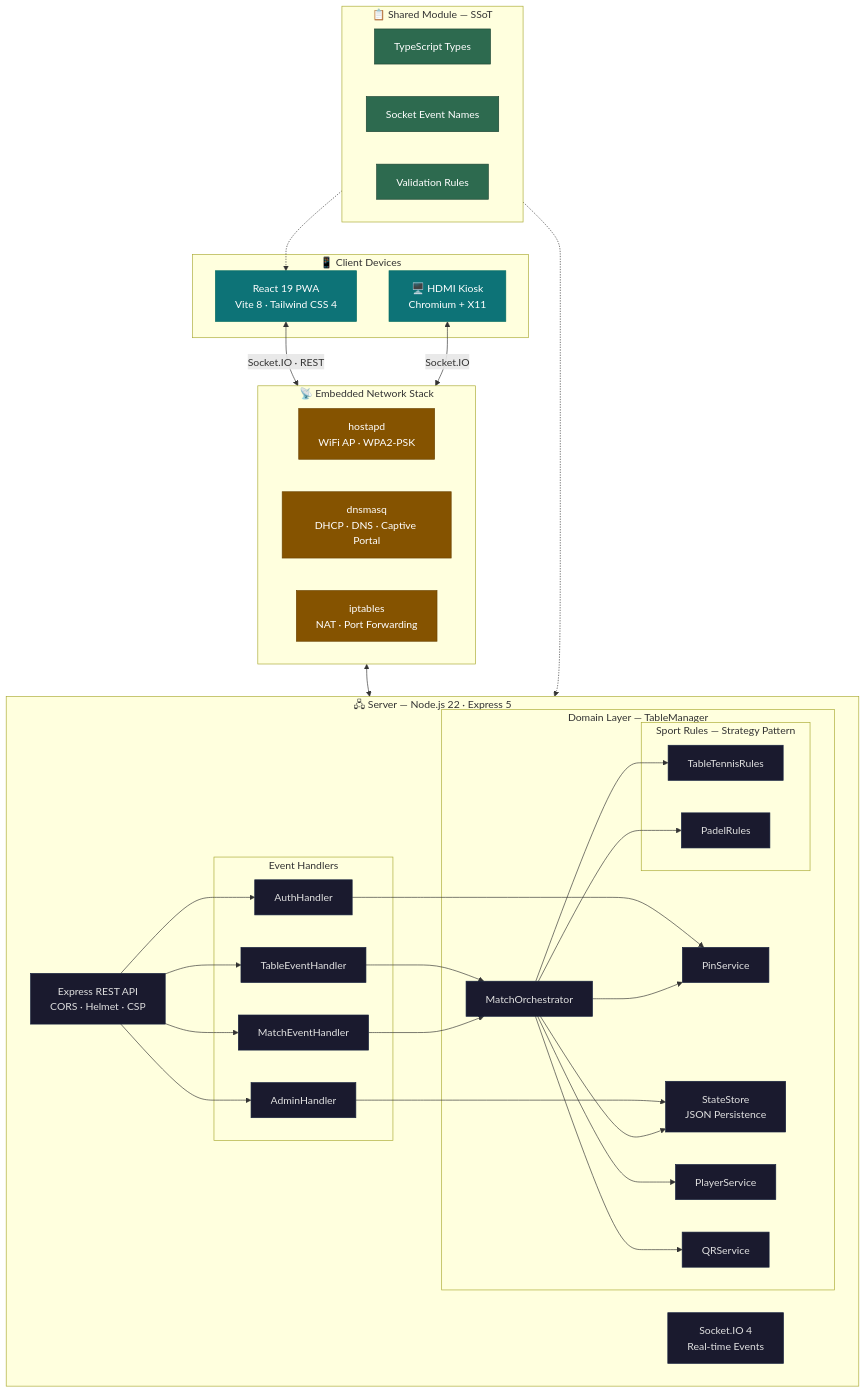
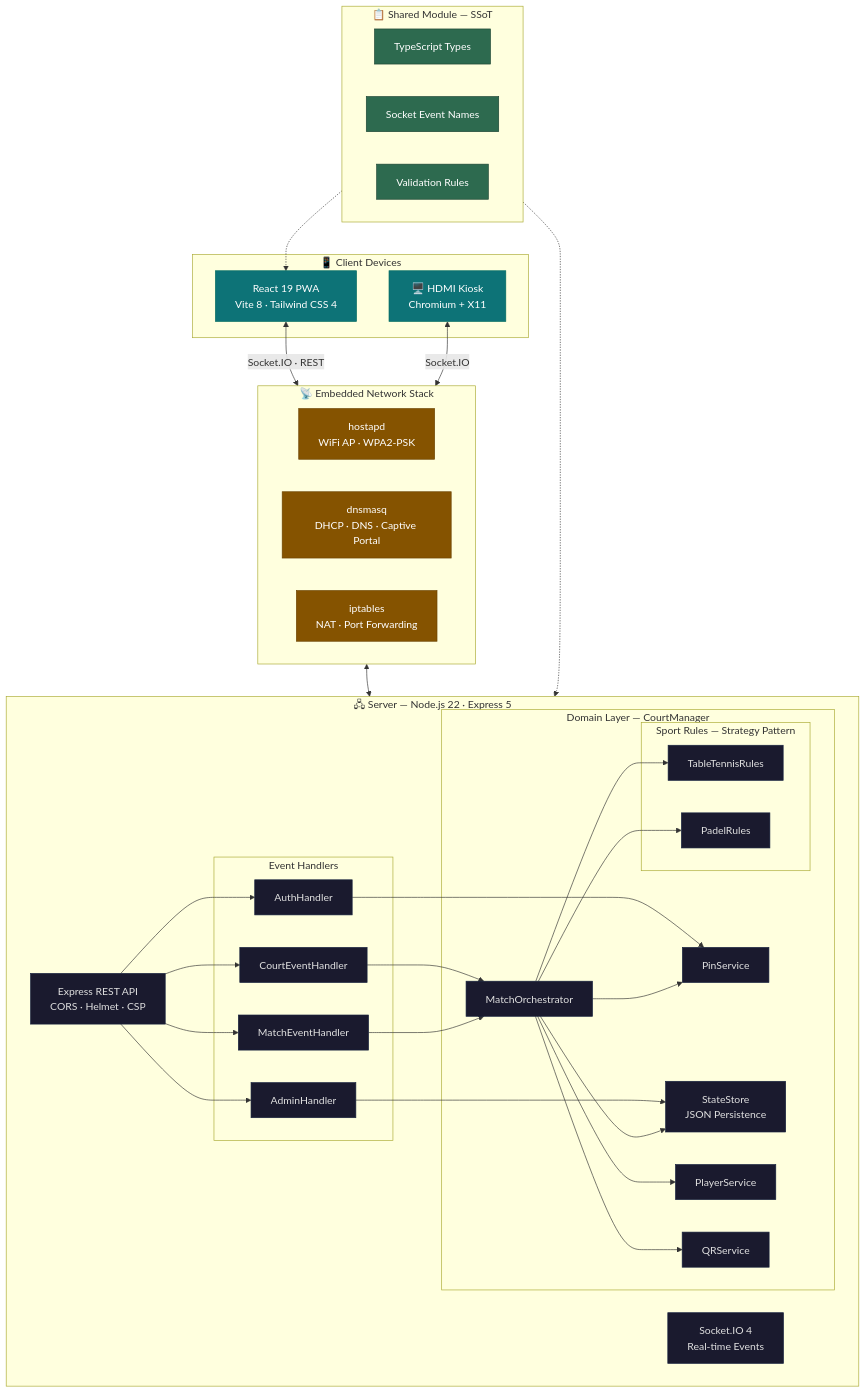
The first of 2 diagrams in README.md (felipe90/rallyOS-hub), drawn with Mermaid before and after one commit. The commit also changed other lines of this file and 7 other files, not shown here.

First line of the commit message:
docs: update README and openspec docs Table→Court

````diff
--- a/README.md
+++ b/README.md
@@ -11,78 +11,78 @@
 ```mermaid
 flowchart TB
     subgraph DEVICES["📱 Client Devices"]
         PWA["React 19 PWA<br/>Vite 8 · Tailwind CSS 4"]
         KIOSK_DISPLAY["🖥️ HDMI Kiosk<br/>Chromium + X11"]
     end
 
     subgraph NETWORK["📡 Embedded Network Stack"]
         AP["hostapd<br/>WiFi AP · WPA2-PSK"]
         DNS["dnsmasq<br/>DHCP · DNS · Captive Portal"]
         NAT["iptables<br/>NAT · Port Forwarding"]
     end
 
     subgraph SERVER["🖧 Server — Node.js 22 · Express 5"]
         EXPRESS["Express REST API<br/>CORS · Helmet · CSP"]
         SOCKET["Socket.IO 4<br/>Real-time Events"]
 
         subgraph HANDLERS["Event Handlers"]
             AUTH_H["AuthHandler"]
-            TABLE_H["TableEventHandler"]
+            COURT_H["CourtEventHandler"]
             MATCH_H["MatchEventHandler"]
             ADMIN_H["AdminHandler"]
         end
 
-        subgraph DOMAIN["Domain Layer — TableManager"]
+        subgraph DOMAIN["Domain Layer — CourtManager"]
             MATCH_ORCH["MatchOrchestrator"]
             PLAYER_SVC["PlayerService"]
             QR_SVC["QRService"]
             PIN_SVC["PinService"]
             STORE["StateStore<br/>JSON Persistence"]
 
             subgraph SPORTS["Sport Rules — Strategy Pattern"]
                 TT["TableTennisRules"]
                 PADEL["PadelRules"]
             end
         end
     end
 
     subgraph SHARED["📋 Shared Module — SSoT"]
         TYPES["TypeScript Types"]
         EVENTS["Socket Event Names"]
         VALIDATION["Validation Rules"]
     end
 
     PWA <-->|"Socket.IO · REST"| NETWORK
     KIOSK_DISPLAY <-->|"Socket.IO"| NETWORK
     NETWORK <--> SERVER
 
     EXPRESS --> AUTH_H
-    EXPRESS --> TABLE_H
+    EXPRESS --> COURT_H
     EXPRESS --> MATCH_H
     EXPRESS --> ADMIN_H
 
-    TABLE_H --> MATCH_ORCH
+    COURT_H --> MATCH_ORCH
     MATCH_H --> MATCH_ORCH
     AUTH_H --> PIN_SVC
     ADMIN_H --> STORE
 
     MATCH_ORCH --> PLAYER_SVC
     MATCH_ORCH --> QR_SVC
     MATCH_ORCH --> PIN_SVC
     MATCH_ORCH --> STORE
     MATCH_ORCH --> TT
     MATCH_ORCH --> PADEL
 
     SHARED -.-> PWA
     SHARED -.-> SERVER
 
     classDef devices fill:#0d7377,stroke:#006b5f,color:#fff
     classDef network fill:#855300,stroke:#6b4200,color:#fff
     classDef server fill:#1a1a2e,stroke:#16213e,color:#e0e0e0
     classDef shared fill:#2d6a4f,stroke:#1b4332,color:#fff
 
     class PWA,KIOSK_DISPLAY devices
     class AP,DNS,NAT network
-    class EXPRESS,SOCKET,AUTH_H,TABLE_H,MATCH_H,ADMIN_H,MATCH_ORCH,PLAYER_SVC,QR_SVC,PIN_SVC,STORE,TT,PADEL server
+    class EXPRESS,SOCKET,AUTH_H,COURT_H,MATCH_H,ADMIN_H,MATCH_ORCH,PLAYER_SVC,QR_SVC,PIN_SVC,STORE,TT,PADEL server
     class TYPES,EVENTS,VALIDATION shared
 ```
````
